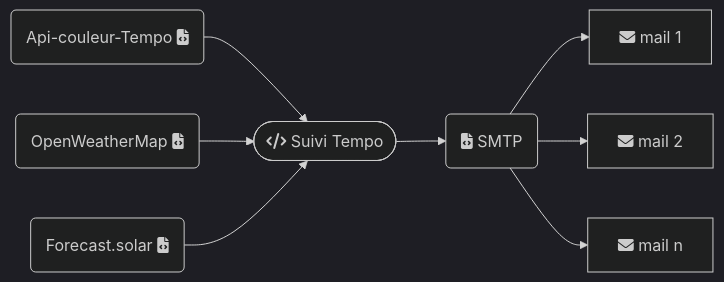
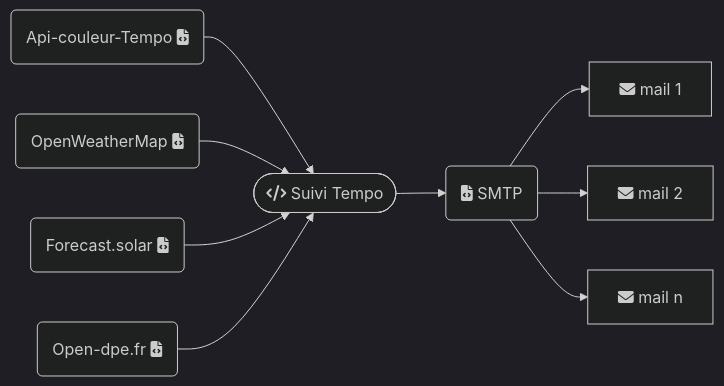
One commit to sosandroid/Monitoring_Energie changed the diagram in src/tempo/readme.md. Above: the diagram before and after it, drawn with Mermaid (dark theme). The commit also changed other lines of this file, not shown here.

````diff
--- a/src/tempo/readme.md
+++ b/src/tempo/readme.md
@@ -8,10 +8,11 @@
 ```mermaid
 flowchart LR;
     A(Api-couleur-Tempo fa:fa-file-code)-->C;
     B(OpenWeatherMap fa:fa-file-code)-->C;
 	H(Forecast.solar fa:fa-file-code)-->C;
+    I(Open-dpe.fr fa:fa-file-code)-->C;
     C([fa:fa-code Suivi Tempo])-->D;
     D(fa:fa-file-code SMTP)-->E[fa:fa-envelope mail 1];
     D-->F[fa:fa-envelope mail 2];
     D-->G[fa:fa-envelope mail n];
 ```
````
